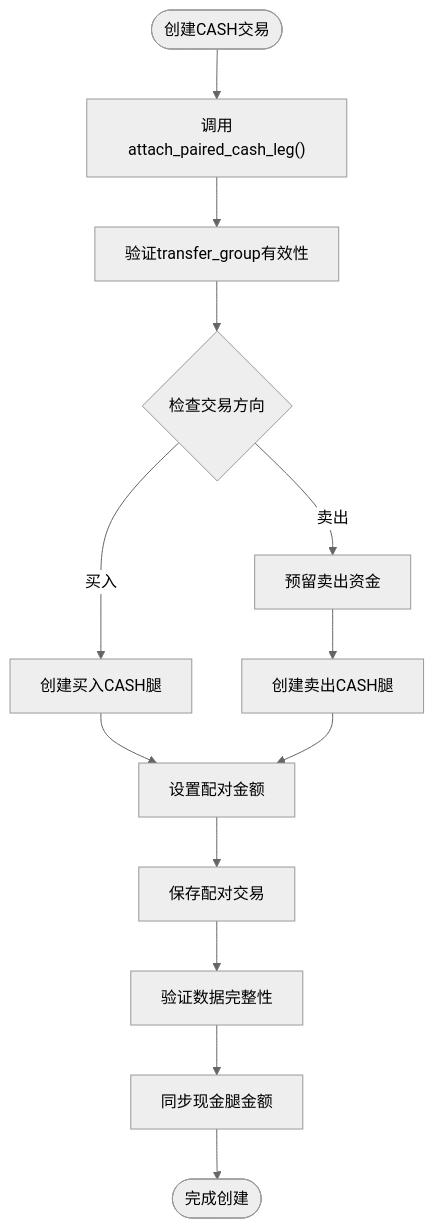
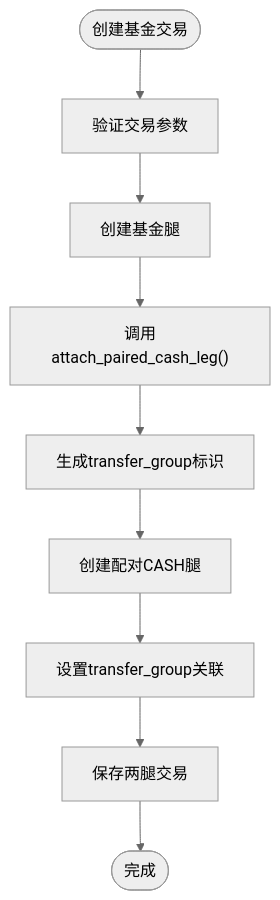
One commit to gujialind/InvestRing changed the fourth of 15 diagrams in .qoder/repowiki/zh/content/核心业务功能/交易处理.md. Above: the diagram before and after it, drawn with Mermaid (neutral theme). The commit also changed other lines of this file and 65 other files, not shown here.

````diff
--- a/.qoder/repowiki/zh/content/核心业务功能/交易处理.md
+++ b/.qoder/repowiki/zh/content/核心业务功能/交易处理.md
@@ -260,15 +281,11 @@
 ```mermaid
 flowchart TD
-Start(["创建CASH交易"]) --> CallAttach["调用attach_paired_cash_leg()"]
-CallAttach --> ValidateGroup["验证transfer_group有效性"]
-ValidateGroup --> CheckDirection{"检查交易方向"}
-CheckDirection --> |买入| CreateBuyLeg["创建买入CASH腿"]
-CheckDirection --> |卖出| ReserveCash["预留卖出资金"]
-ReserveCash --> CreateSellLeg["创建卖出CASH腿"]
-CreateBuyLeg --> SetAmount["设置配对金额"]
-CreateSellLeg --> SetAmount
-SetAmount --> SaveBoth["保存配对交易"]
-SaveBoth --> VerifyIntegrity["验证数据完整性"]
-VerifyIntegrity --> SyncAmount["同步现金腿金额"]
-SyncAmount --> Complete(["完成创建"])
+Start(["创建基金交易"]) --> Validate["验证交易参数"]
+Validate --> CreateFundLeg["创建基金腿"]
+CreateFundLeg --> AttachPair["调用attach_paired_cash_leg()"]
+AttachPair --> GenerateGroup["生成transfer_group标识"]
+GenerateGroup --> CreateCashLeg["创建配对CASH腿"]
+CreateCashLeg --> SetGroup["设置transfer_group关联"]
+SetGroup --> SaveBoth["保存两腿交易"]
+SaveBoth --> Complete(["完成"])
 ```
````
